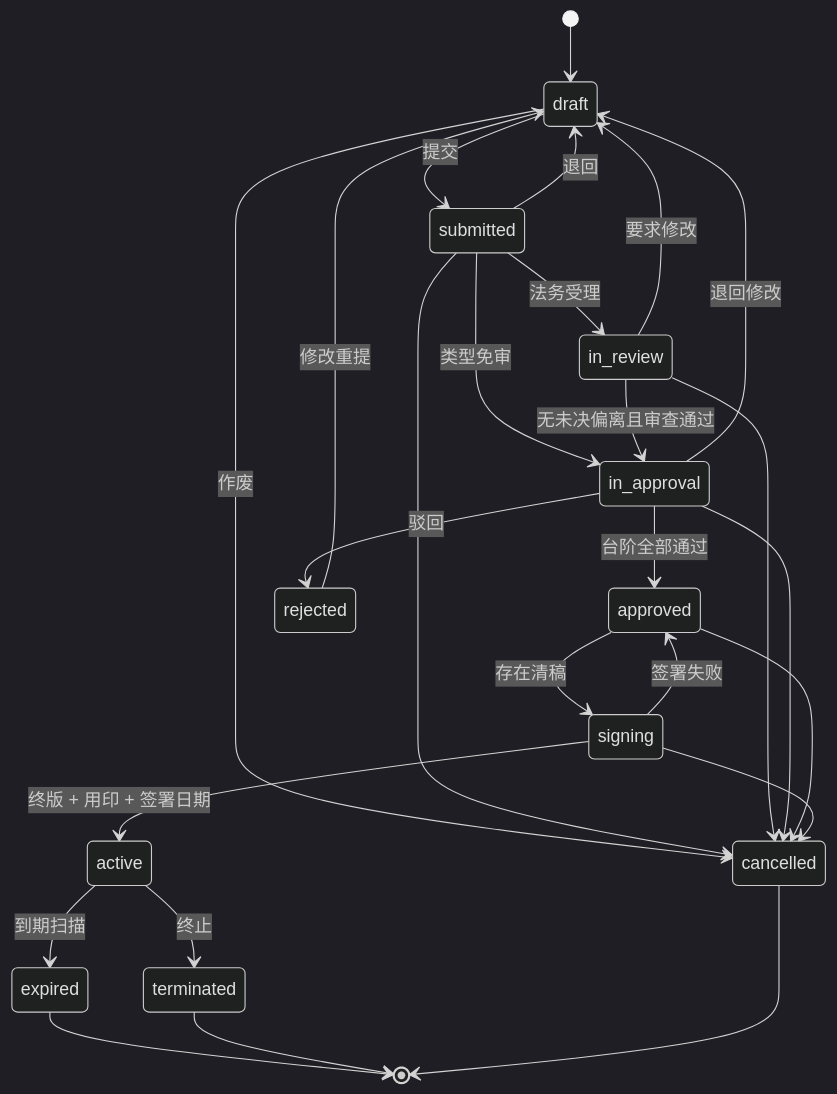
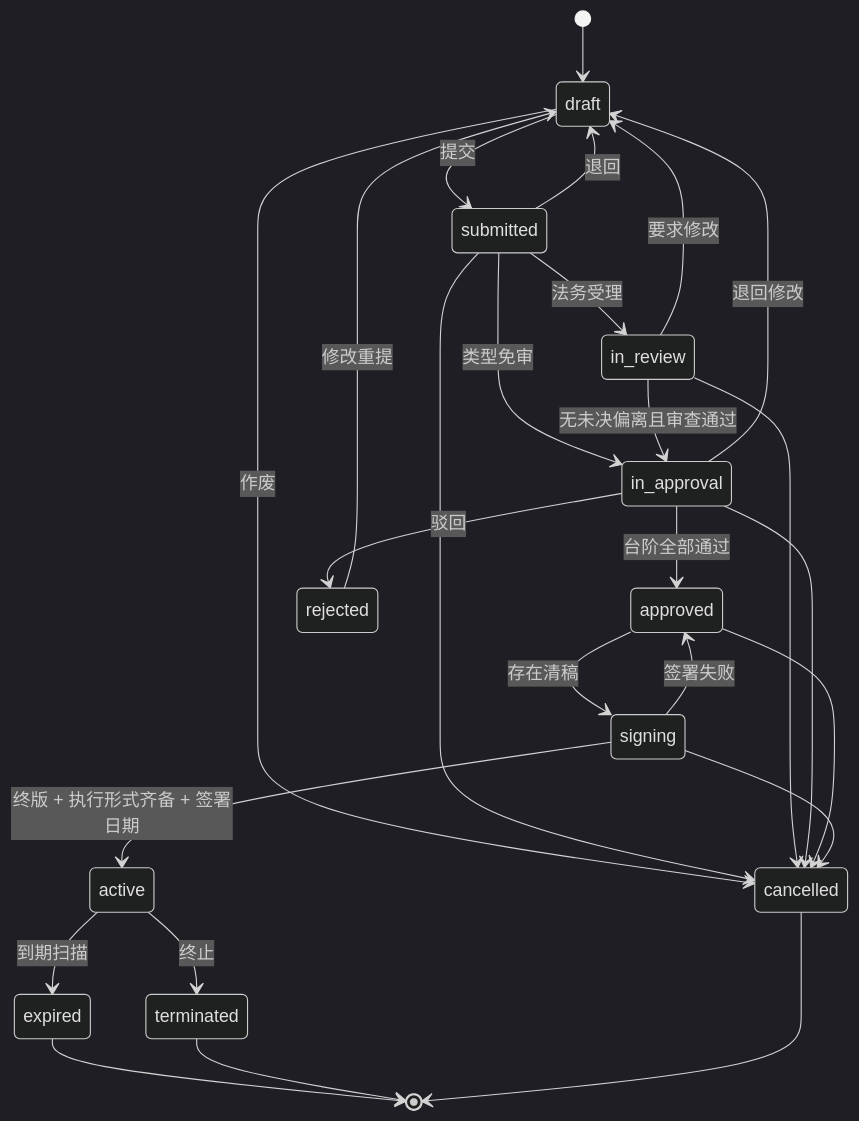
One commit to objectstack-ai/hotclm changed the third of 3 diagrams in docs/design/00-设计方案.md. Above: the diagram before and after it, drawn with Mermaid (dark theme). The commit also changed other lines of this file and 20 other files, not shown here.

First line of the commit message:
docs+objects: global-first revision, AI participation, Agiloft gap, roadmap

````diff
--- a/docs/design/00-设计方案.md
+++ b/docs/design/00-设计方案.md
@@ -336,28 +345,28 @@
 ```mermaid
 stateDiagram-v2
   [*] --> draft
   draft --> submitted : 提交
   submitted --> in_review : 法务受理
   submitted --> in_approval : 类型免审
   submitted --> draft : 退回
   in_review --> in_approval : 无未决偏离且审查通过
   in_review --> draft : 要求修改
   in_approval --> approved : 台阶全部通过
   in_approval --> rejected : 驳回
   in_approval --> draft : 退回修改
   approved --> signing : 存在清稿
-  signing --> active : 终版 + 用印 + 签署日期
+  signing --> active : 终版 + 执行形式齐备 + 签署日期
   signing --> approved : 签署失败
   active --> expired : 到期扫描
   active --> terminated : 终止
   rejected --> draft : 修改重提
   draft --> cancelled : 作废
   submitted --> cancelled
   in_review --> cancelled
   in_approval --> cancelled
   approved --> cancelled
   signing --> cancelled
   expired --> [*]
   terminated --> [*]
   cancelled --> [*]
 ```
````
